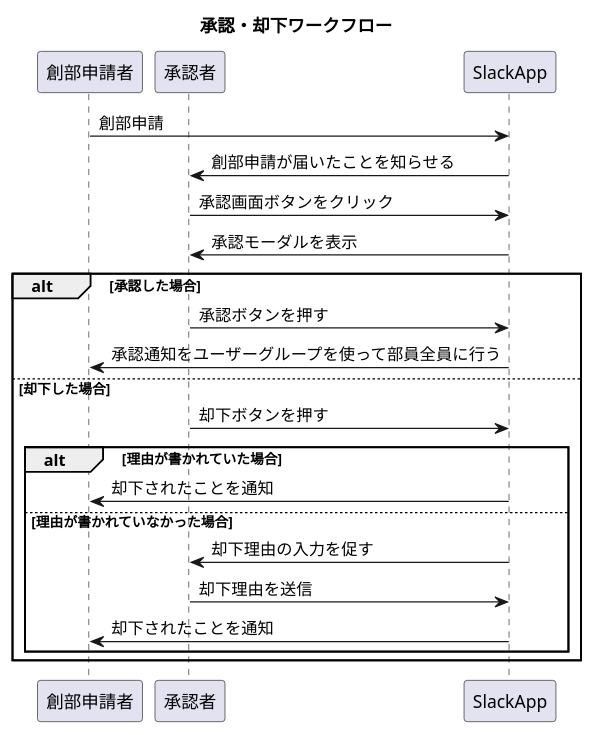
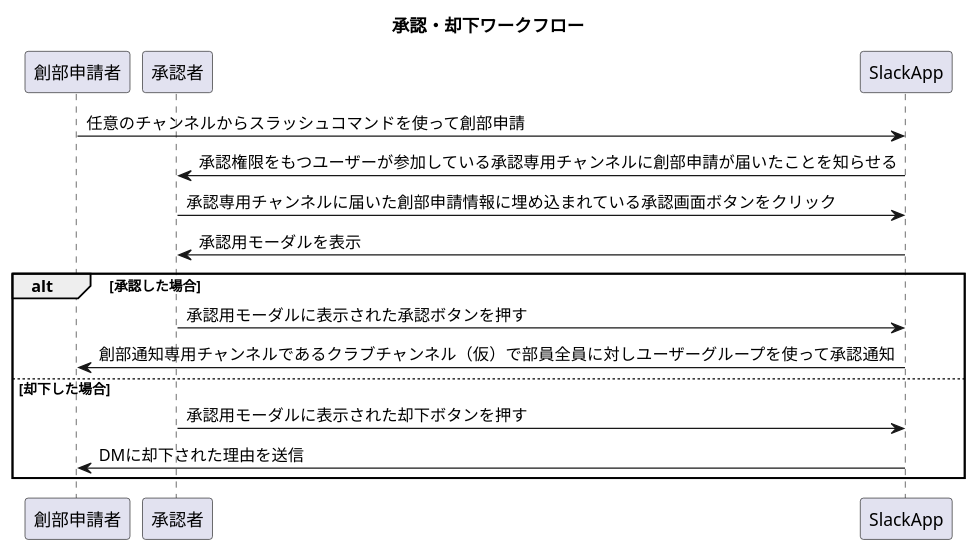
Before and after one commit to tam-bourine/club-entry-manager: the diagram in docs/sequence-diagram/ButtonFlow.pu, drawn with PlantUML.

Commit message:
docs: 文章が曖昧だったので修正しました

```diff
--- a/docs/sequence-diagram/ButtonFlow.pu
+++ b/docs/sequence-diagram/ButtonFlow.pu
@@ -1,25 +1,19 @@
-@startuml　
+@startuml
 title 承認・却下ワークフロー
 
 participant 創部申請者
 participant 承認者
 
-創部申請者 -> SlackApp: 創部申請
-SlackApp -> 承認者: 創部申請が届いたことを知らせる
-承認者 -> SlackApp: 承認画面ボタンをクリック
-SlackApp -> 承認者: 承認モーダルを表示
+創部申請者 -> SlackApp: 任意のチャンネルからスラッシュコマンドを使って創部申請
+SlackApp -> 承認者: 承認権限をもつユーザーが参加している承認専用チャンネルに創部申請が届いたことを知らせる
+承認者 -> SlackApp: 承認専用チャンネルに届いた創部申請情報に埋め込まれている承認画面ボタンをクリック
+SlackApp -> 承認者: 承認用モーダルを表示
 
 alt 承認した場合
-    承認者 -> SlackApp: 承認ボタンを押す
-    SlackApp -> 創部申請者: 承認通知をユーザーグループを使って部員全員に行う
+    承認者 -> SlackApp: 承認用モーダルに表示された承認ボタンを押す
+    SlackApp -> 創部申請者: 創部通知専用チャンネルであるクラブチャンネル（仮）で部員全員に対しユーザーグループを使って承認通知
 else 却下した場合
-    承認者 -> SlackApp: 却下ボタンを押す
-    alt 理由が書かれていた場合
-        SlackApp -> 創部申請者: 却下されたことを通知
-    else 理由が書かれていなかった場合
-        SlackApp -> 承認者: 却下理由の入力を促す
-        承認者 -> SlackApp: 却下理由を送信
-        SlackApp -> 創部申請者: 却下されたことを通知
-    end
+    承認者 -> SlackApp: 承認用モーダルに表示された却下ボタンを押す
+    SlackApp -> 創部申請者: DMに却下された理由を送信
 end
 @enduml
```
